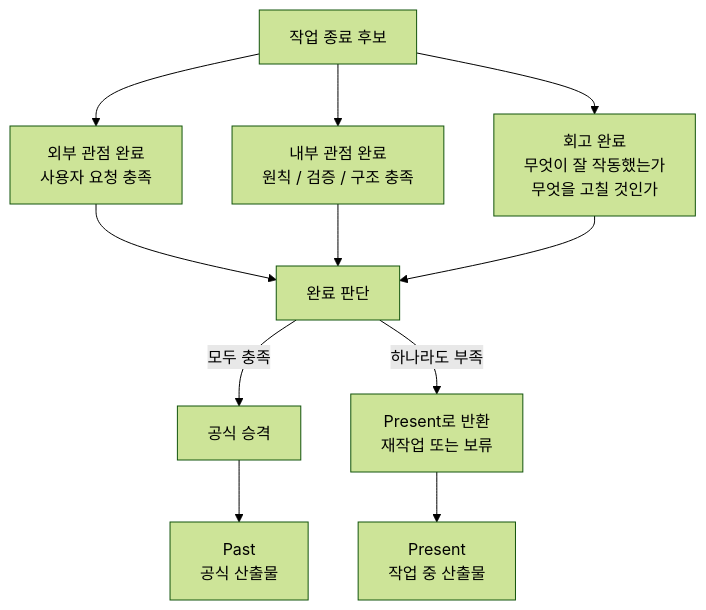
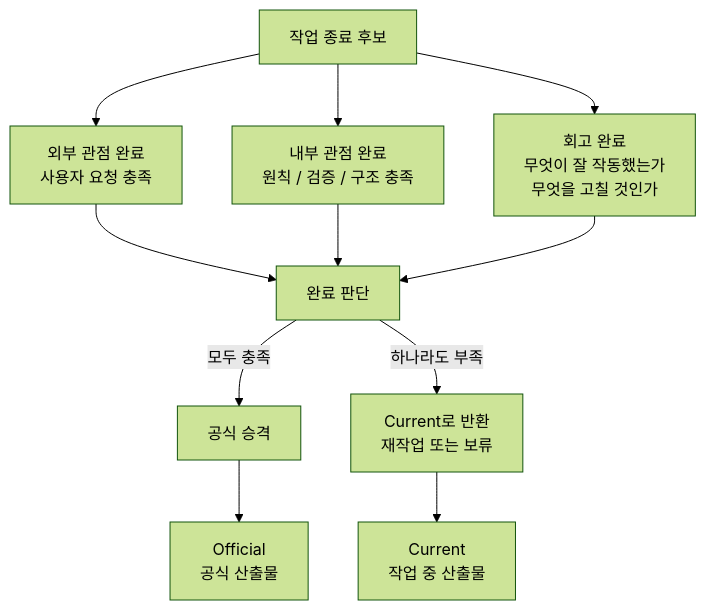
Diagram 13 of 16 in stage/docs/BLUEPRINT.md (noory-code/noory-ai), drawn with Mermaid (forest theme) before and after one commit. The commit also changed other lines of this file and 12 other files, not shown here.

First line of the commit message:
docs(stage): rewrite concept-layer docs to schema v4 vocabulary (C9, W-00000039)

````diff
--- a/stage/docs/BLUEPRINT.md
+++ b/stage/docs/BLUEPRINT.md
@@ -379,18 +370,18 @@
 ```mermaid
 flowchart TB
   WorkDone["작업 종료 후보"]
 
   WorkDone --> External["외부 관점 완료\n사용자 요청 충족"]
   WorkDone --> Internal["내부 관점 완료\n원칙 / 검증 / 구조 충족"]
   WorkDone --> Retrospective["회고 완료\n무엇이 잘 작동했는가\n무엇을 고칠 것인가"]
 
   External --> CompletionDecision["완료 판단"]
   Internal --> CompletionDecision
   Retrospective --> CompletionDecision
 
   CompletionDecision -->|모두 충족| Promote["공식 승격"]
-  CompletionDecision -->|하나라도 부족| Return["Present로 반환\n재작업 또는 보류"]
+  CompletionDecision -->|하나라도 부족| Return["Current로 반환\n재작업 또는 보류"]
 
-  Promote --> Past["Past\n공식 산출물"]
-  Return --> Present["Present\n작업 중 산출물"]
+  Promote --> Official["Official\n공식 산출물"]
+  Return --> Current["Current\n작업 중 산출물"]
 ```
````
